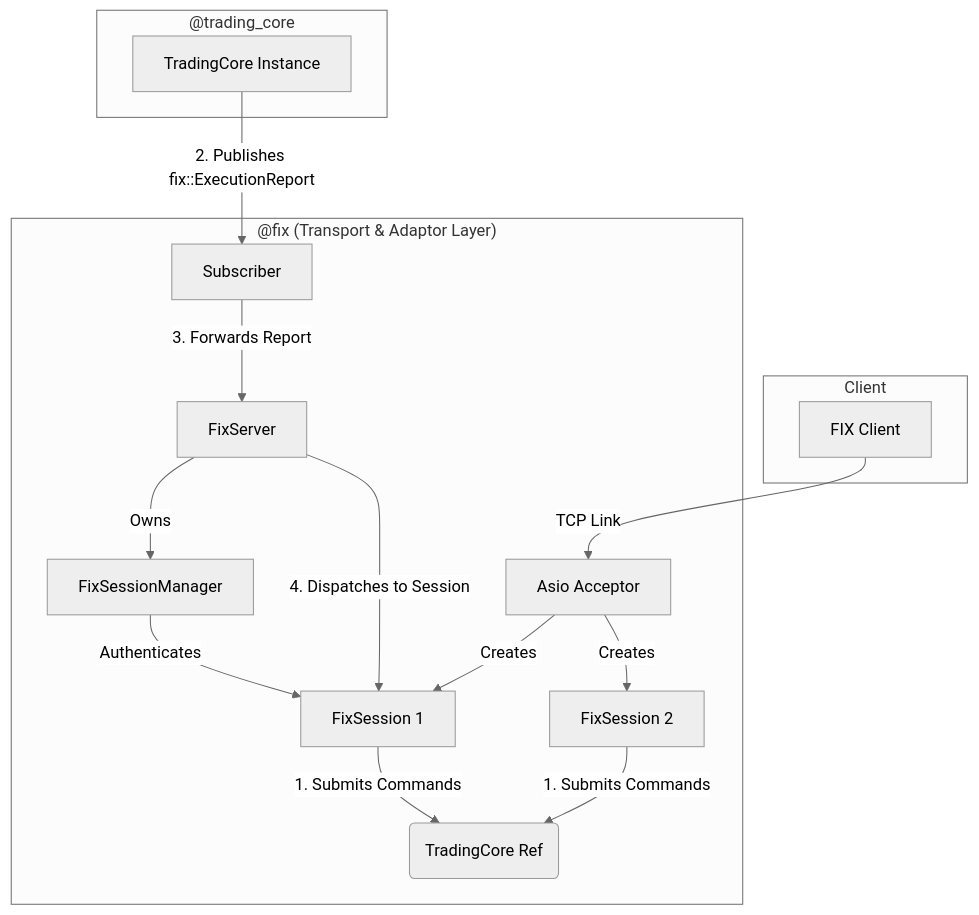
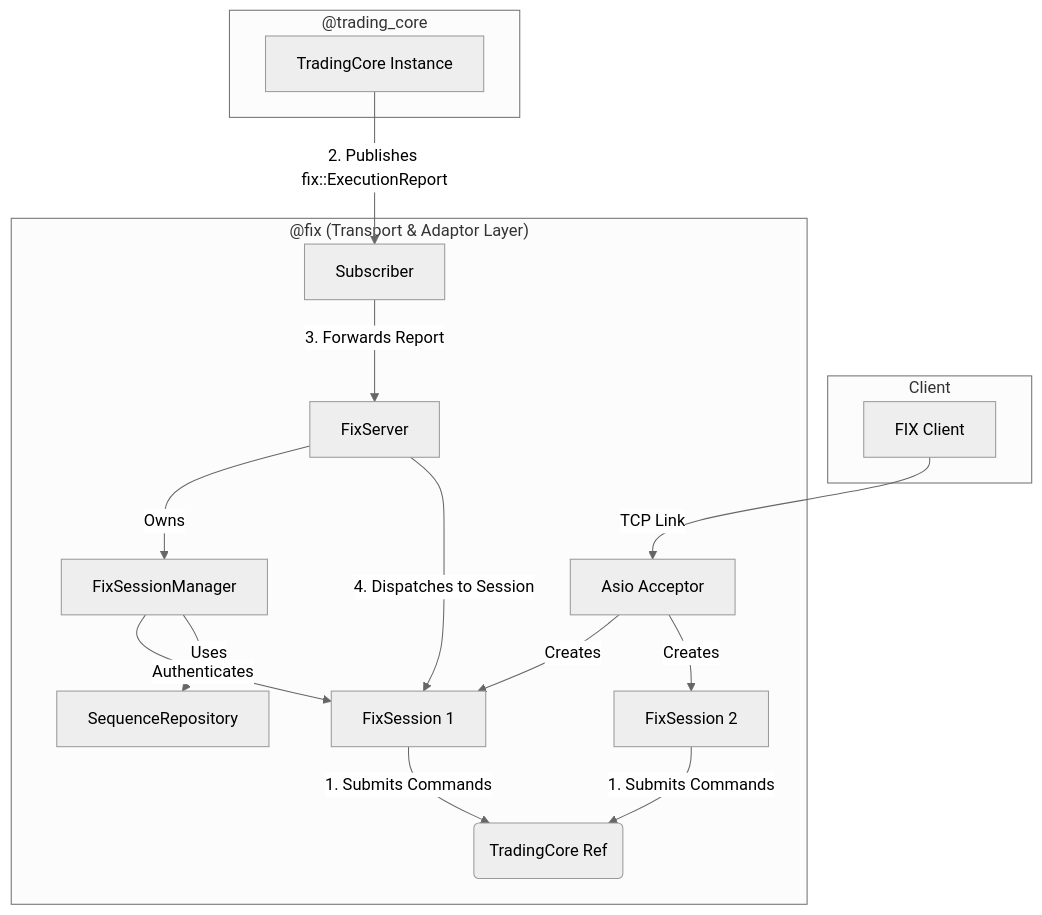
Before and after one commit to SujalChoudhari/BetaTrader: the diagram in core/fix/TSD.md, drawn with Mermaid (neutral theme). The commit also changed other lines of this file and 3 other files, not shown here.

````diff
--- a/core/fix/TSD.md
+++ b/core/fix/TSD.md
@@ -13,27 +13,28 @@
 ```mermaid
 graph TD
     subgraph "Client"
         C[FIX Client]
     end
 
     subgraph "@fix (Transport & Adaptor Layer)"
         A[Asio Acceptor] -->|Creates| S1[FixSession 1]
         A -->|Creates| S2[FixSession 2]
         
         S1 --"1. Submits Commands"--> TC_REF
         S2 --"1. Submits Commands"--> TC_REF
         TC_REF(TradingCore Ref)
 
         SERVER[FixServer] -- "Owns" --> MGR[FixSessionManager]
         MGR -- "Authenticates" --> S1
+        MGR -- "Uses" --> SEQ_REPO[SequenceRepository]
         
         SUB[Subscriber] --"3. Forwards Report"--> SERVER
         SERVER --"4. Dispatches to Session"--> S1
     end
 
     subgraph "@trading_core"
         TC[TradingCore Instance] --"2. Publishes fix::ExecutionReport"--> SUB
     end
 
     C --"TCP Link"--> A
 ```
````
